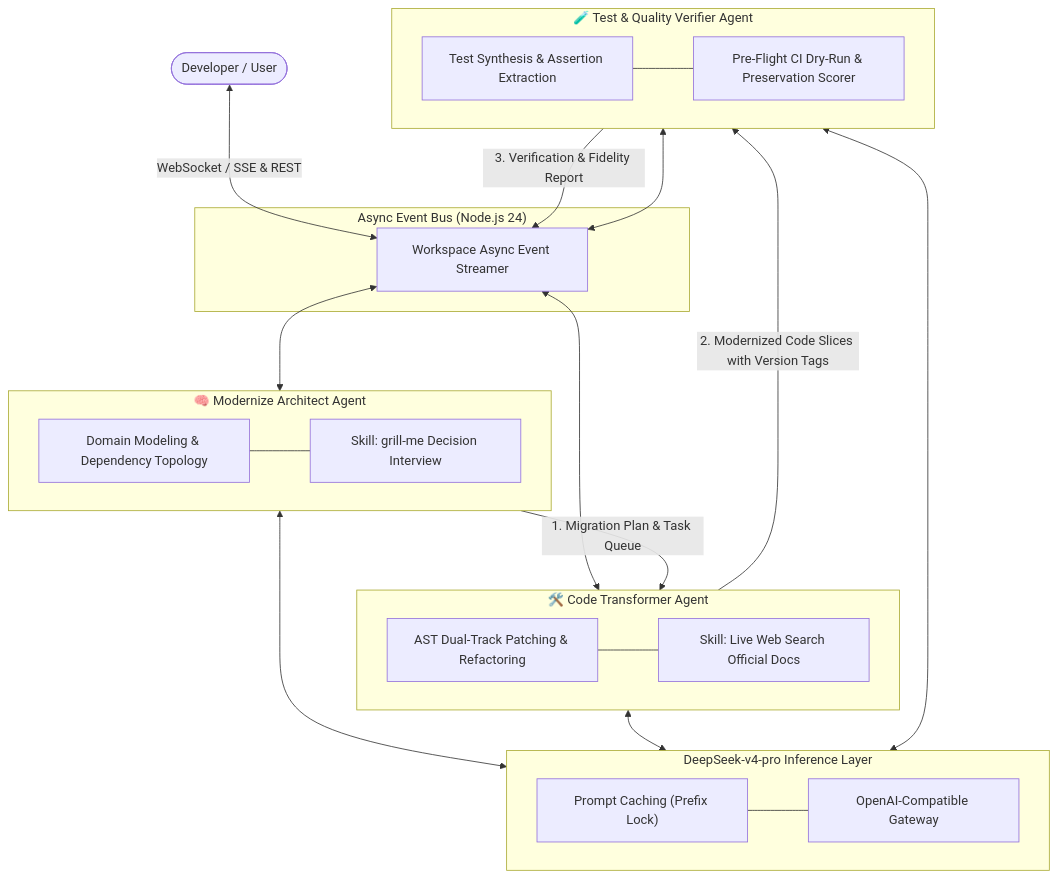
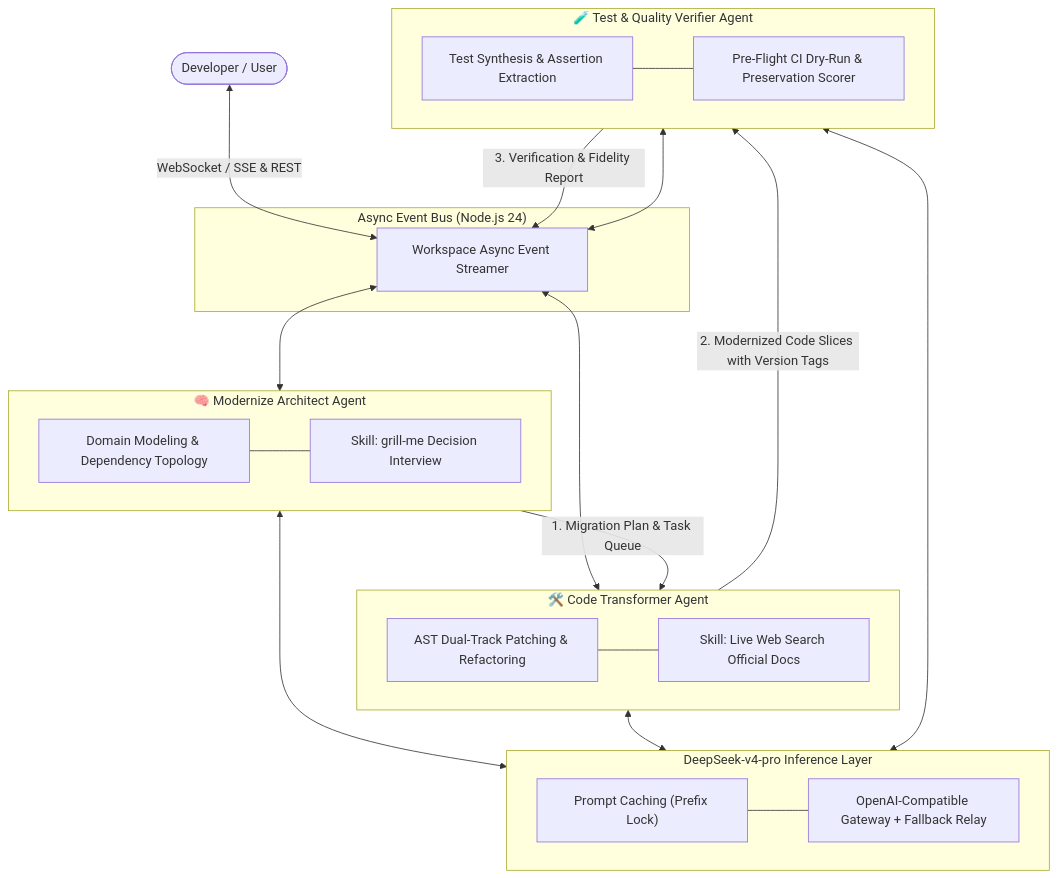
The first of 4 diagrams in docs/agent-orchestration.md (SakuraCianna/LegacyCodeModernizer), drawn with Mermaid before and after one commit. The commit also changed other lines of this file and 1 other file, not shown here.

````diff
--- a/docs/agent-orchestration.md
+++ b/docs/agent-orchestration.md
@@ -13,45 +13,45 @@
 ```mermaid
 flowchart TD
     User(["Developer / User"])
 
     subgraph BusLayer ["Async Event Bus (Node.js 24)"]
         EventBus["Workspace Async Event Streamer"]
     end
 
     subgraph ArchAgent ["🧠 Modernize Architect Agent"]
         A_Prompt["Domain Modeling & Dependency Topology"]
         A_Skill["Skill: grill-me Decision Interview"]
         A_Prompt --- A_Skill
     end
 
     subgraph TransAgent ["🛠️ Code Transformer Agent"]
         T_Prompt["AST Dual-Track Patching & Refactoring"]
         T_Skill["Skill: Live Web Search Official Docs"]
         T_Prompt --- T_Skill
     end
 
     subgraph TestAgent ["🧪 Test & Quality Verifier Agent"]
         Q_Prompt["Test Synthesis & Assertion Extraction"]
         Q_Harness["Pre-Flight CI Dry-Run & Preservation Scorer"]
         Q_Prompt --- Q_Harness
     end
 
     subgraph LLM_Engine ["DeepSeek-v4-pro Inference Layer"]
         Cache["Prompt Caching (Prefix Lock)"]
-        Gateway["OpenAI-Compatible Gateway"]
+        Gateway["OpenAI-Compatible Gateway + Fallback Relay"]
         Cache --- Gateway
     end
 
     User <-->|WebSocket / SSE & REST| EventBus
     EventBus <--> ArchAgent
     EventBus <--> TransAgent
     EventBus <--> TestAgent
 
     ArchAgent -->|1. Migration Plan & Task Queue| TransAgent
     TransAgent -->|2. Modernized Code Slices with Version Tags| TestAgent
     TestAgent -->|3. Verification & Fidelity Report| EventBus
 
     ArchAgent <--> LLM_Engine
     TransAgent <--> LLM_Engine
     TestAgent <--> LLM_Engine
 ```
````
